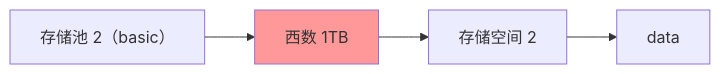
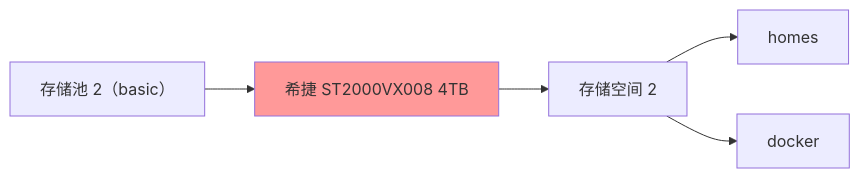
The second of 3 diagrams in docs/synology/design.md (cxbdasheng/AIO), drawn with Mermaid before and after one commit. The commit also changed other lines of this file and 6 other files, not shown here.

````diff
--- a/docs/synology/design.md
+++ b/docs/synology/design.md
@@ -31,7 +30,8 @@
 ```mermaid
 graph LR
-    A[存储池 2（basic）] -->B[西数   1TB]
-    B --> C[存储空间 2]
-    C-->D[data]
+    A[存储池 2（basic）] -->B[希捷 ST2000VX008 4TB]
+    B -->C[存储空间 2]
+    C-->D[homes]
+    C-->E[docker]
      style B fill:#ff9999
 ```
````
